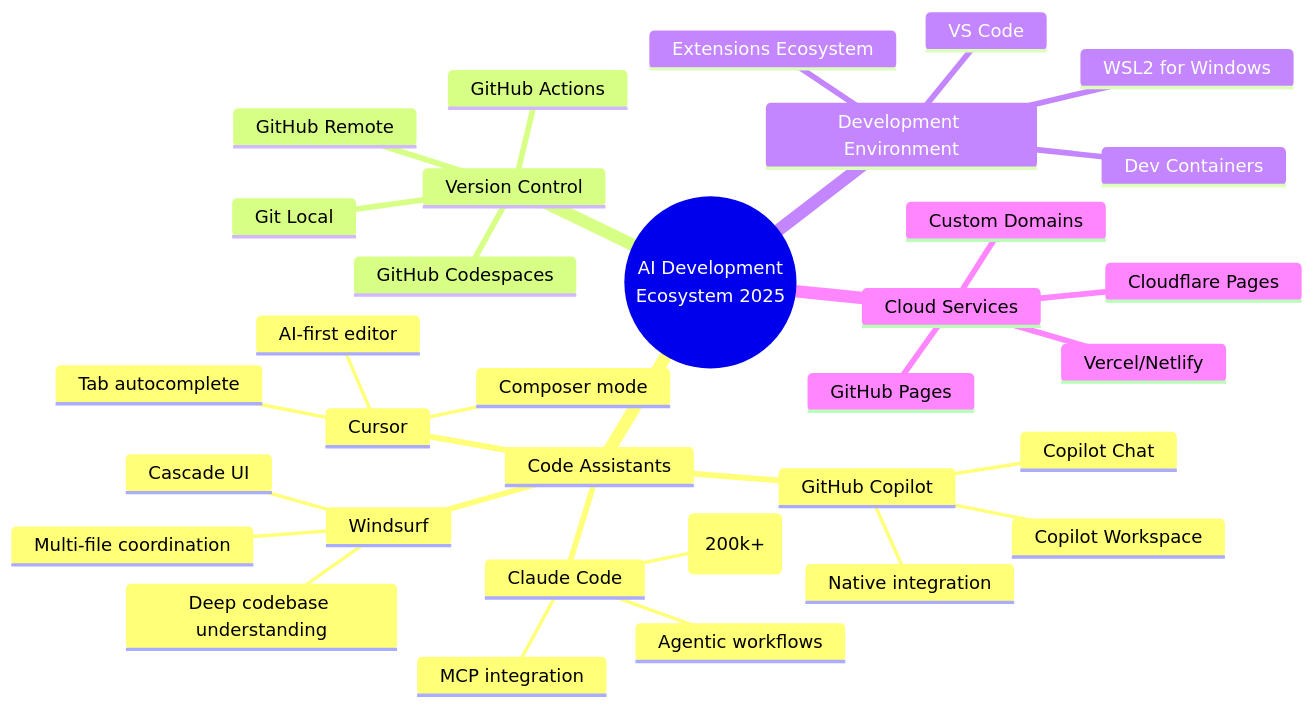
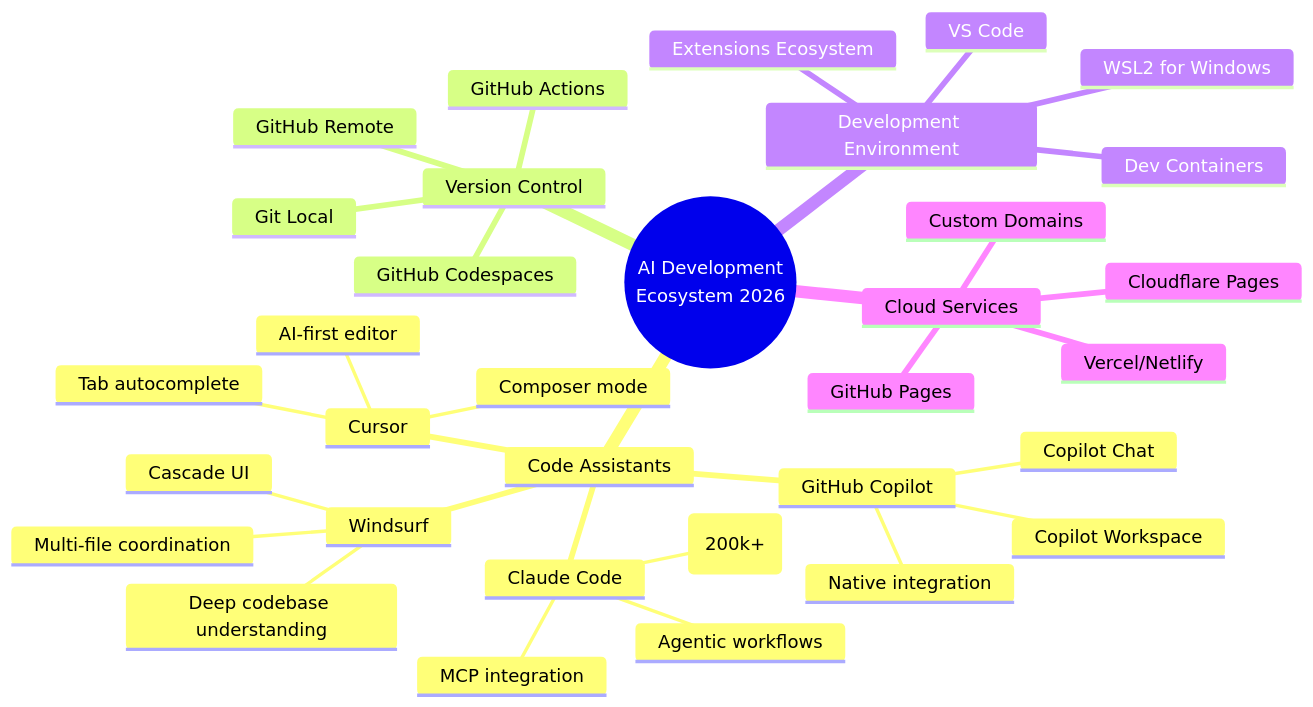
One commit to DreamLab-AI/dreamlab-ai-website changed the second of 3 diagrams in public/data/workshops/workshop-00-infra/00_introduction.md. Above: the diagram before and after it, drawn with Mermaid. The commit also changed other lines of this file and 122 other files, not shown here.

````diff
--- a/public/data/workshops/workshop-00-infra/00_introduction.md
+++ b/public/data/workshops/workshop-00-infra/00_introduction.md
@@ -40,36 +40,36 @@
 ```mermaid
 mindmap
-  root((AI Development<br/>Ecosystem 2025))
+  root((AI Development<br/>Ecosystem 2026))
     Code Assistants
       Claude Code
         Agentic workflows
         MCP integration
         Long context (200k+)
       GitHub Copilot
         Native integration
         Copilot Chat
         Copilot Workspace
       Cursor
         AI-first editor
         Composer mode
         Tab autocomplete
       Windsurf
         Cascade UI
         Deep codebase understanding
         Multi-file coordination
     Version Control
       Git Local
       GitHub Remote
       GitHub Actions
       GitHub Codespaces
     Development Environment
       VS Code
       WSL2 for Windows
       Dev Containers
       Extensions Ecosystem
     Cloud Services
       GitHub Pages
       Vercel/Netlify
       Cloudflare Pages
       Custom Domains
 ```
````
